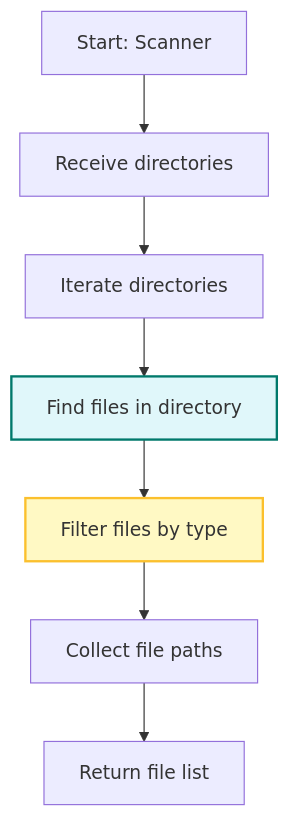
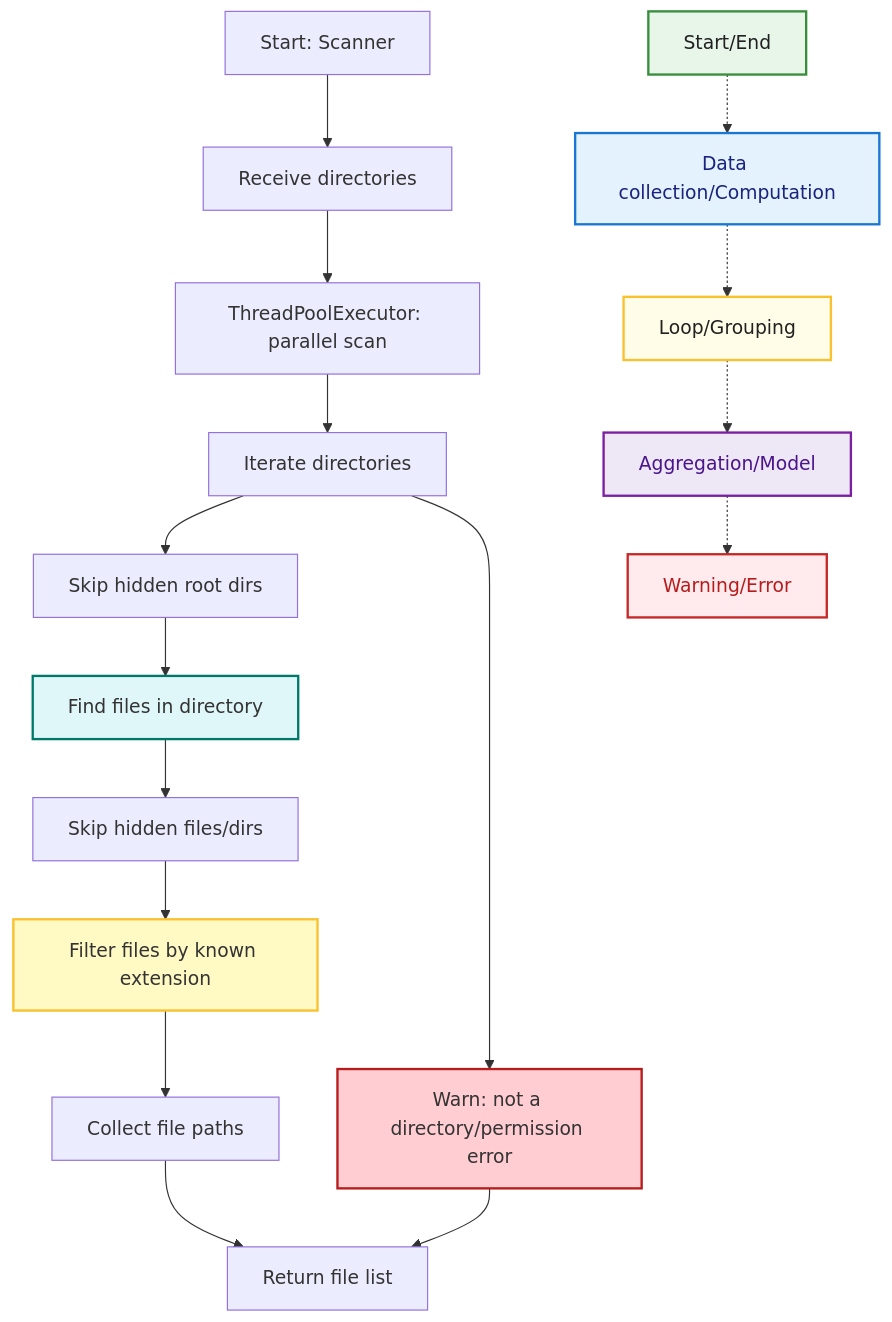
Before and after one commit to CmdrPrompt/MetricMancer: the diagram in mermaid/7_scanner_flow.md, drawn with Mermaid. The commit also changed other lines of this file and 21 other files, not shown here.

First line of the commit message:
feat: Add new data model for MetricMancer (2025-09-24)

````diff
--- a/mermaid/7_scanner_flow.md
+++ b/mermaid/7_scanner_flow.md
@@ -13,14 +5,44 @@
 ```mermaid
 graph TD
     A[Start: Scanner] --> B[Receive directories]
-    B --> C[Iterate directories]
-    C --> D[Find files in directory]
-    D --> E[Filter files by type]
-    E --> F[Collect file paths]
-    F --> G[Return file list]
+    B --> C[ThreadPoolExecutor: parallel scan]
+    C --> D[Iterate directories]
+    D --> E[Skip hidden root dirs]
+    E --> F[Find files in directory]
+    F --> G[Skip hidden files/dirs]
+    G --> H[Filter files by known extension]
+    H --> I[Collect file paths]
+    I --> J[Return file list]
+    D --> K[Warn: not a directory/permission error]
+    K --> J
 
     %% Edge cases
-    style D fill:#e0f7fa,stroke:#00796b,stroke-width:2px
-    style E fill:#fff9c4,stroke:#fbc02d,stroke-width:2px
+    style F fill:#e0f7fa,stroke:#00796b,stroke-width:2px
+    style H fill:#fff9c4,stroke:#fbc02d,stroke-width:2px
+    style K fill:#ffcdd2,stroke:#b71c1c,stroke-width:2px
     %% Error handling: empty directory, permission error, no files found
+    
+%% Legend
+    LegendStart[Start/End]:::start
+    LegendCalc[Data collection/Computation]:::calc
+    LegendLoop[Loop/Grouping]:::loop
+    LegendAgg[Aggregation/Model]:::agg
+    LegendWarn[Warning/Error]:::warn
+
+    LegendStart -.-> LegendCalc
+    LegendCalc -.-> LegendLoop
+    LegendLoop -.-> LegendAgg
+    LegendAgg -.-> LegendWarn
+
+    classDef start fill:#e8f5e9,stroke:#388e3c,stroke-width:2px,color:#212121;
+    classDef calc fill:#e3f2fd,stroke:#1976d2,stroke-width:2px,color:#1a237e;
+    classDef loop fill:#fffde7,stroke:#fbc02d,stroke-width:2px,color:#212121;
+    classDef agg fill:#ede7f6,stroke:#7b1fa2,stroke-width:2px,color:#4a148c;
+    classDef warn fill:#ffebee,stroke:#c62828,stroke-width:2px,color:#b71c1c;
+
+    class LegendStart start;
+    class LegendCalc calc;
+    class LegendLoop loop;
+    class LegendAgg agg;
+    class LegendWarn warn;
 ```
````
